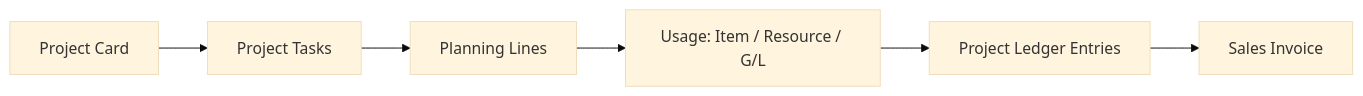
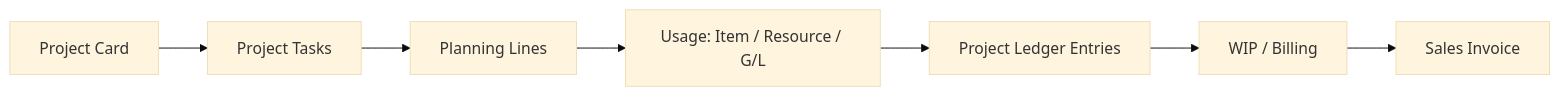
Before and after one commit to sivla/FiBu: the eighth of 10 diagrams in FiBu_Buch_BC_Standardprozesse_DE_Master_Blueprint.md, drawn with Mermaid (base theme). The commit also changed other lines of this file and 2 other files, not shown here.

````diff
--- a/FiBu_Buch_BC_Standardprozesse_DE_Master_Blueprint.md
+++ b/FiBu_Buch_BC_Standardprozesse_DE_Master_Blueprint.md
@@ -423,8 +615,9 @@
 ```mermaid
 flowchart LR
     A["Project Card"] --> B["Project Tasks"]
     B --> C["Planning Lines"]
     C --> D["Usage: Item / Resource / G/L"]
     D --> E["Project Ledger Entries"]
-    E --> F["Sales Invoice"]
+    E --> F["WIP / Billing"]
+    F --> G["Sales Invoice"]
 ```
````
